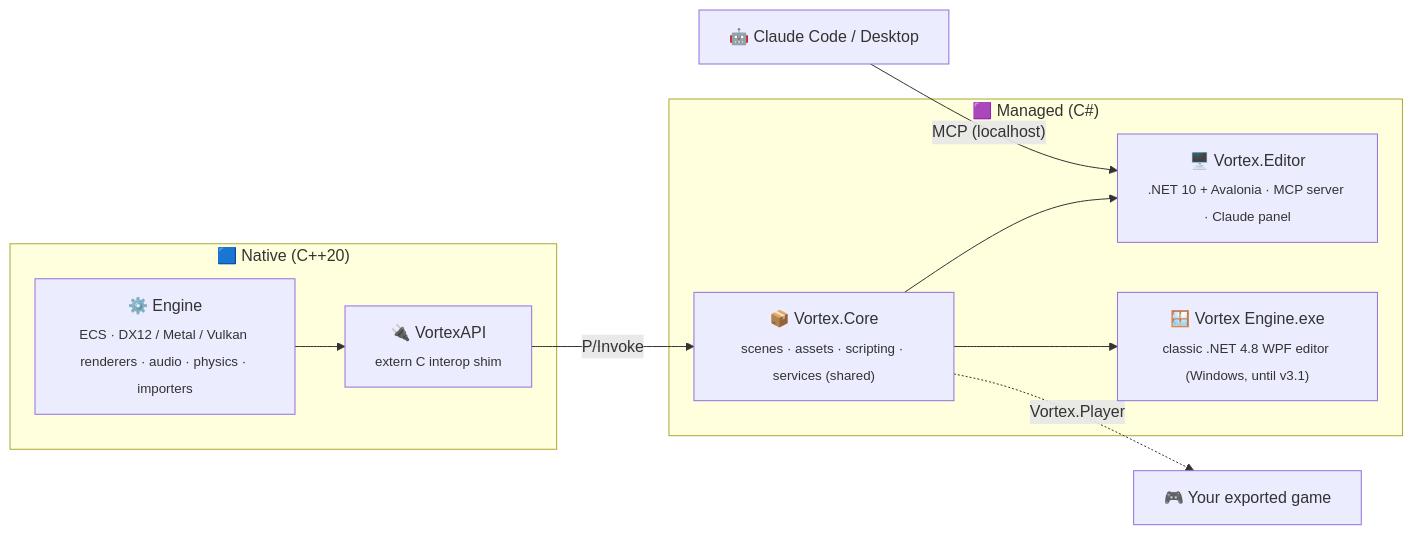
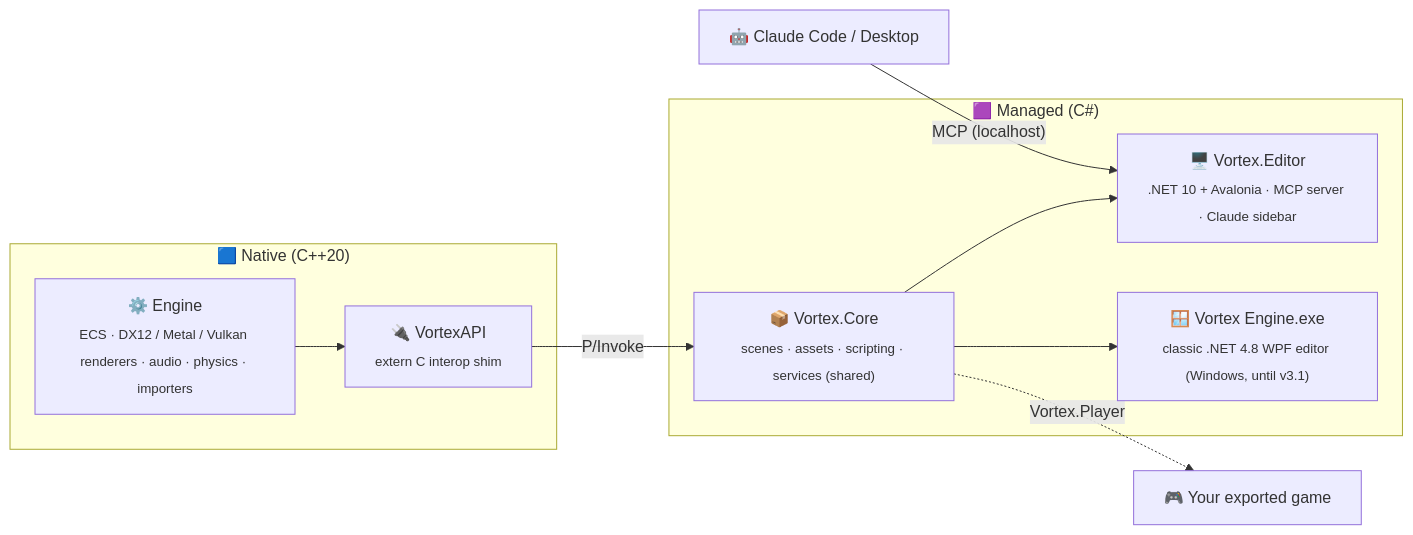
One commit to shadow-kernel/Vortex-Engine changed the diagram in README.md. Above: the diagram before and after it, drawn with Mermaid. The commit also changed other lines of this file and 22 other files, not shown here.

````diff
--- a/README.md
+++ b/README.md
@@ -80,18 +80,18 @@
 ```mermaid
 flowchart LR
     subgraph Native["🟦 Native (C++20)"]
         ENG["⚙️ Engine<br/><sub>ECS · DX12 / Metal / Vulkan renderers · audio · physics · importers</sub>"]
         API["🔌 VortexAPI<br/><sub>extern C interop shim</sub>"]
         ENG --> API
     end
     subgraph Managed["🟪 Managed (C#)"]
         CORE["📦 Vortex.Core<br/><sub>scenes · assets · scripting · services (shared)</sub>"]
-        AV["🖥️ Vortex.Editor<br/><sub>.NET 10 + Avalonia · MCP server · Claude panel</sub>"]
+        AV["🖥️ Vortex.Editor<br/><sub>.NET 10 + Avalonia · MCP server · Claude sidebar</sub>"]
         WPF["🪟 Vortex Engine.exe<br/><sub>classic .NET 4.8 WPF editor (Windows, until v3.1)</sub>"]
         CORE --> AV
         CORE --> WPF
     end
     API -- "P/Invoke" --> CORE
     CORE -. "Vortex.Player" .-> GAME["🎮 Your exported game"]
     CLAUDE["🤖 Claude Code / Desktop"] -- "MCP (localhost)" --> AV
 ```
````
